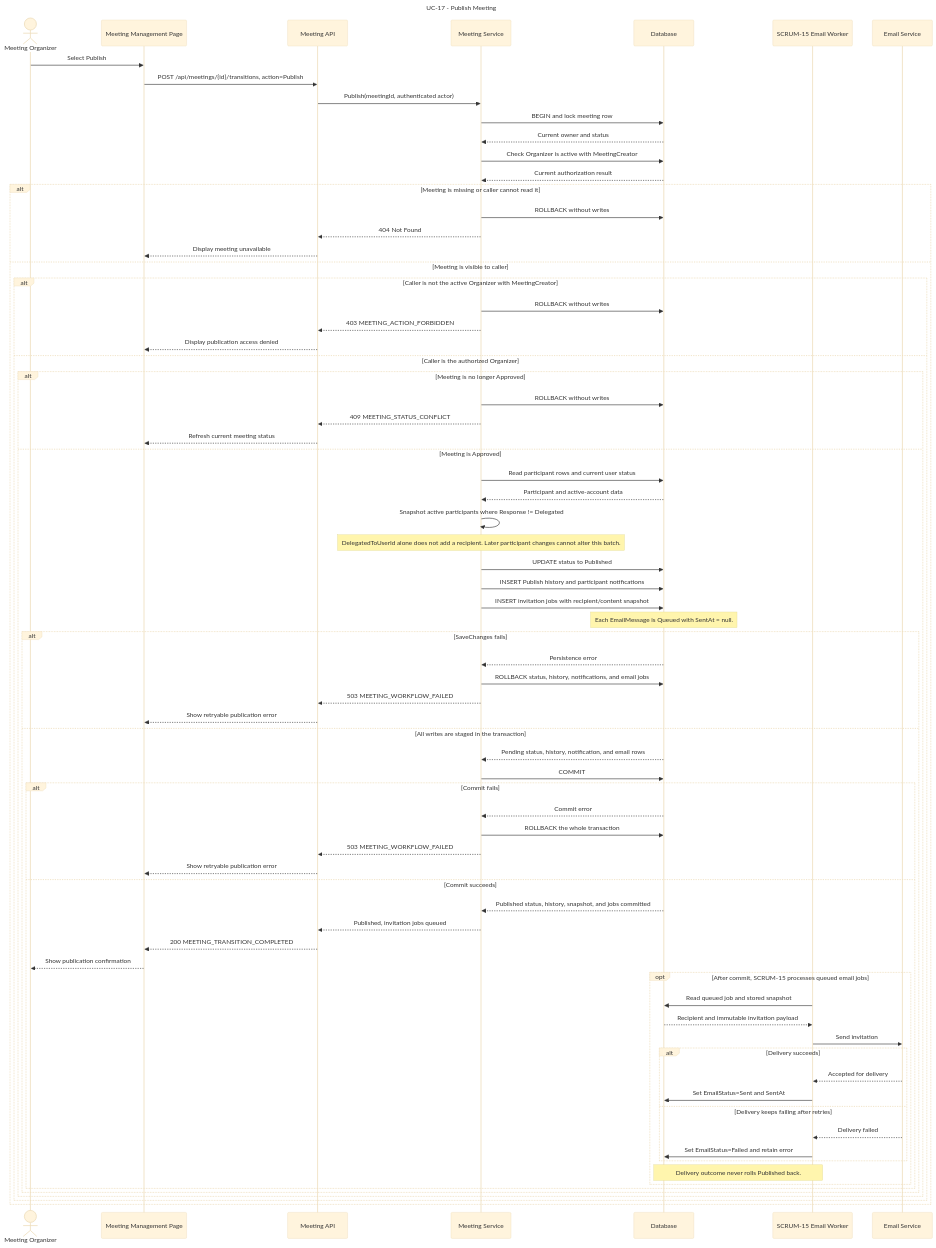
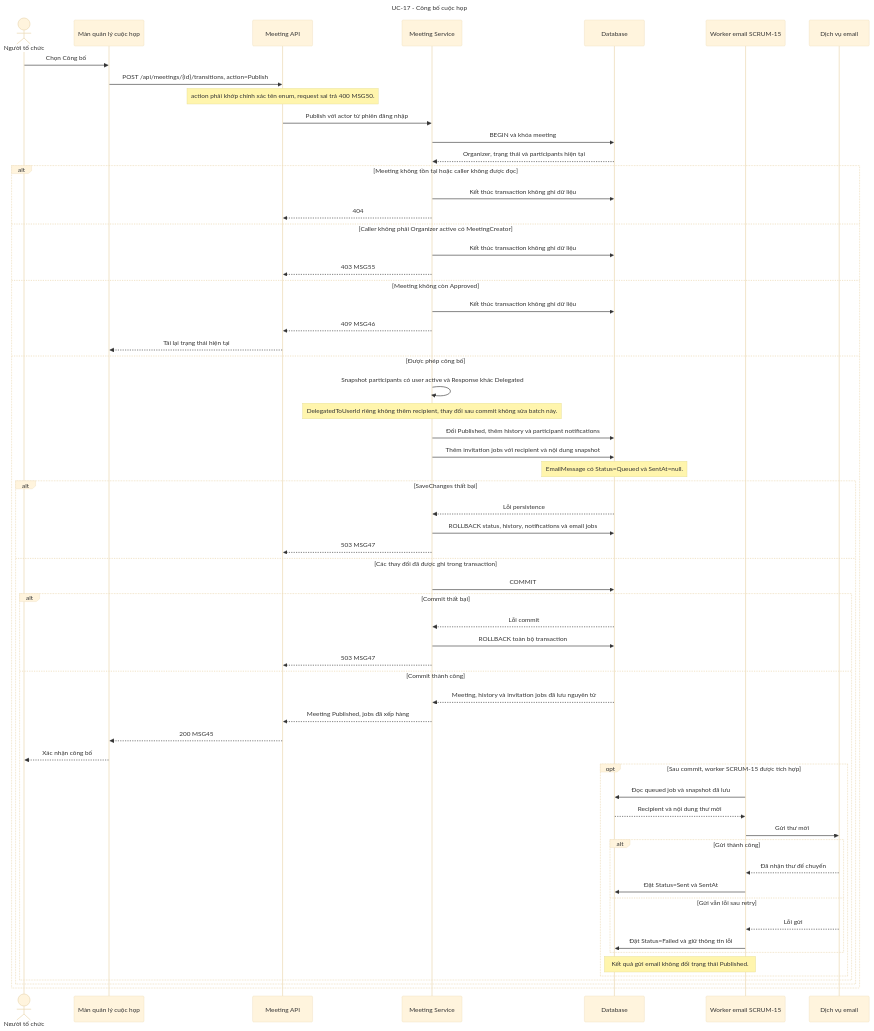
Before and after one commit to callmehai/FU-FA26-G116: the diagram in docs/assets/diagrams/meeting-management/PublishMeeting.mmd, drawn with Mermaid (base theme). The commit also changed 32 other files, not shown here.

Commit message:
Sửa lỗi review SCRUM-19 và đồng bộ hợp đồng cuộc họp

```diff
--- a/docs/assets/diagrams/meeting-management/PublishMeeting.mmd
+++ b/docs/assets/diagrams/meeting-management/PublishMeeting.mmd
@@ -1,78 +1,65 @@
 sequenceDiagram
-    title UC-17 - Publish Meeting
-    actor Organizer as Meeting Organizer
-    participant Page as Meeting Management Page
+    title UC-17 - Công bố cuộc họp
+    actor Organizer as Người tổ chức
+    participant Page as Màn quản lý cuộc họp
     participant API as Meeting API
     participant Service as Meeting Service
     participant DB as Database
-    participant Worker as SCRUM-15 Email Worker
-    participant Email as Email Service
+    participant Worker as Worker email SCRUM-15
+    participant Email as Dịch vụ email
 
-    Organizer->>Page: Select Publish
+    Organizer->>Page: Chọn Công bố
     Page->>API: POST /api/meetings/{id}/transitions, action=Publish
-    API->>Service: Publish(meetingId, authenticated actor)
-    Service->>DB: BEGIN and lock meeting row
-    DB-->>Service: Current owner and status
-    Service->>DB: Check Organizer is active with MeetingCreator
-    DB-->>Service: Current authorization result
+    Note over API: action phải khớp chính xác tên enum, request sai trả 400 MSG50.
+    API->>Service: Publish với actor từ phiên đăng nhập
+    Service->>DB: BEGIN và khóa meeting
+    DB-->>Service: Organizer, trạng thái và participants hiện tại
 
-    alt Meeting is missing or caller cannot read it
-        Service->>DB: ROLLBACK without writes
-        Service-->>API: 404 Not Found
-        API-->>Page: Display meeting unavailable
-    else Meeting is visible to caller
-      alt Caller is not the active Organizer with MeetingCreator
-        Service->>DB: ROLLBACK without writes
-        Service-->>API: 403 MEETING_ACTION_FORBIDDEN
-        API-->>Page: Display publication access denied
-      else Caller is the authorized Organizer
-        alt Meeting is no longer Approved
-            Service->>DB: ROLLBACK without writes
-            Service-->>API: 409 MEETING_STATUS_CONFLICT
-            API-->>Page: Refresh current meeting status
-        else Meeting is Approved
-            Service->>DB: Read participant rows and current user status
-            DB-->>Service: Participant and active-account data
-            Service->>Service: Snapshot active participants where Response != Delegated
-            Note over Service: DelegatedToUserId alone does not add a recipient. Later participant changes cannot alter this batch.
-            Service->>DB: UPDATE status to Published
-            Service->>DB: INSERT Publish history and participant notifications
-            Service->>DB: INSERT invitation jobs with recipient/content snapshot
-            Note over DB: Each EmailMessage is Queued with SentAt = null.
-            alt SaveChanges fails
-                DB-->>Service: Persistence error
-                Service->>DB: ROLLBACK status, history, notifications, and email jobs
-                Service-->>API: 503 MEETING_WORKFLOW_FAILED
-                API-->>Page: Show retryable publication error
-            else All writes are staged in the transaction
-                DB-->>Service: Pending status, history, notification, and email rows
-                Service->>DB: COMMIT
-                alt Commit fails
-                    DB-->>Service: Commit error
-                    Service->>DB: ROLLBACK the whole transaction
-                    Service-->>API: 503 MEETING_WORKFLOW_FAILED
-                    API-->>Page: Show retryable publication error
-                else Commit succeeds
-                DB-->>Service: Published status, history, snapshot, and jobs committed
-                Service-->>API: Published, invitation jobs queued
-                API-->>Page: 200 MEETING_TRANSITION_COMPLETED
-                Page-->>Organizer: Show publication confirmation
+    alt Meeting không tồn tại hoặc caller không được đọc
+        Service->>DB: Kết thúc transaction không ghi dữ liệu
+        Service-->>API: 404
+    else Caller không phải Organizer active có MeetingCreator
+        Service->>DB: Kết thúc transaction không ghi dữ liệu
+        Service-->>API: 403 MSG55
+    else Meeting không còn Approved
+        Service->>DB: Kết thúc transaction không ghi dữ liệu
+        Service-->>API: 409 MSG46
+        API-->>Page: Tải lại trạng thái hiện tại
+    else Được phép công bố
+        Service->>Service: Snapshot participants có user active và Response khác Delegated
+        Note over Service: DelegatedToUserId riêng không thêm recipient, thay đổi sau commit không sửa batch này.
+        Service->>DB: Đổi Published, thêm history và participant notifications
+        Service->>DB: Thêm invitation jobs với recipient và nội dung snapshot
+        Note over DB: EmailMessage có Status=Queued và SentAt=null.
+        alt SaveChanges thất bại
+            DB-->>Service: Lỗi persistence
+            Service->>DB: ROLLBACK status, history, notifications và email jobs
+            Service-->>API: 503 MSG47
+        else Các thay đổi đã được ghi trong transaction
+            Service->>DB: COMMIT
+            alt Commit thất bại
+                DB-->>Service: Lỗi commit
+                Service->>DB: ROLLBACK toàn bộ transaction
+                Service-->>API: 503 MSG47
+            else Commit thành công
+                DB-->>Service: Meeting, history và invitation jobs đã lưu nguyên tử
+                Service-->>API: Meeting Published, jobs đã xếp hàng
+                API-->>Page: 200 MSG45
+                Page-->>Organizer: Xác nhận công bố
 
-                opt After commit, SCRUM-15 processes queued email jobs
-                    Worker->>DB: Read queued job and stored snapshot
-                    DB-->>Worker: Recipient and immutable invitation payload
-                    Worker->>Email: Send invitation
-                    alt Delivery succeeds
-                        Email-->>Worker: Accepted for delivery
-                        Worker->>DB: Set EmailStatus=Sent and SentAt
-                    else Delivery keeps failing after retries
-                        Email-->>Worker: Delivery failed
-                        Worker->>DB: Set EmailStatus=Failed and retain error
+                opt Sau commit, worker SCRUM-15 được tích hợp
+                    Worker->>DB: Đọc queued job và snapshot đã lưu
+                    DB-->>Worker: Recipient và nội dung thư mời
+                    Worker->>Email: Gửi thư mời
+                    alt Gửi thành công
+                        Email-->>Worker: Đã nhận thư để chuyển
+                        Worker->>DB: Đặt Status=Sent và SentAt
+                    else Gửi vẫn lỗi sau retry
+                        Email-->>Worker: Lỗi gửi
+                        Worker->>DB: Đặt Status=Failed và giữ thông tin lỗi
                     end
-                    Note over Worker,DB: Delivery outcome never rolls Published back.
-                end
+                    Note over Worker,DB: Kết quả gửi email không đổi trạng thái Published.
                 end
             end
         end
-      end
     end
```
